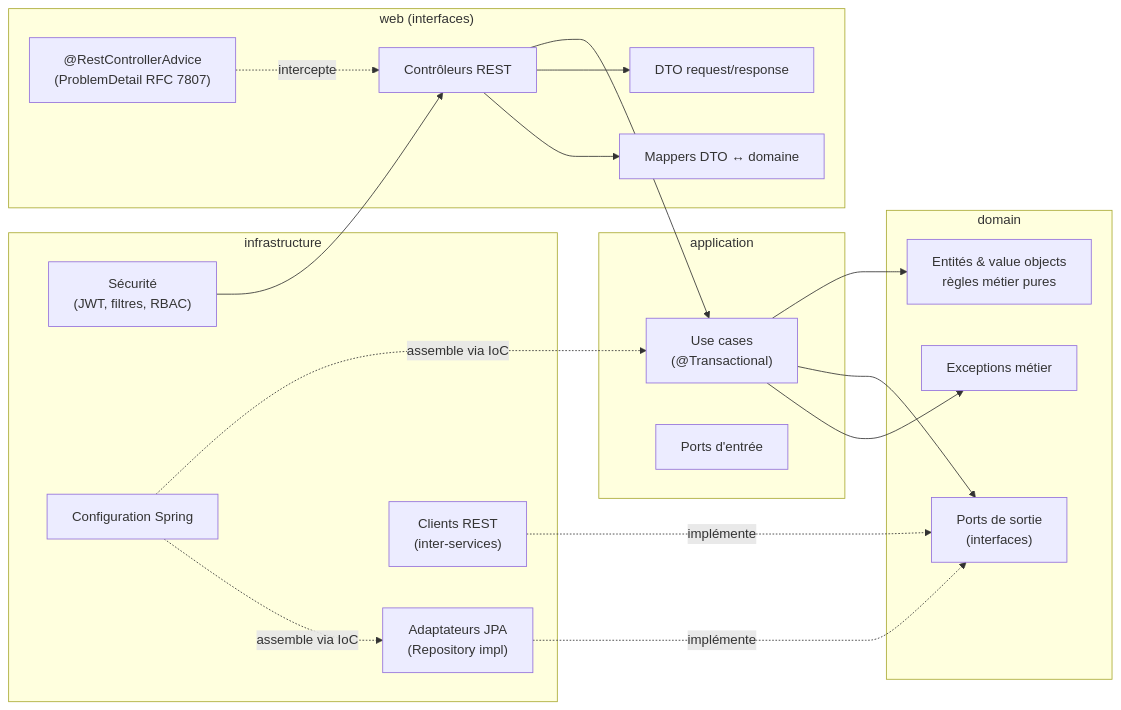
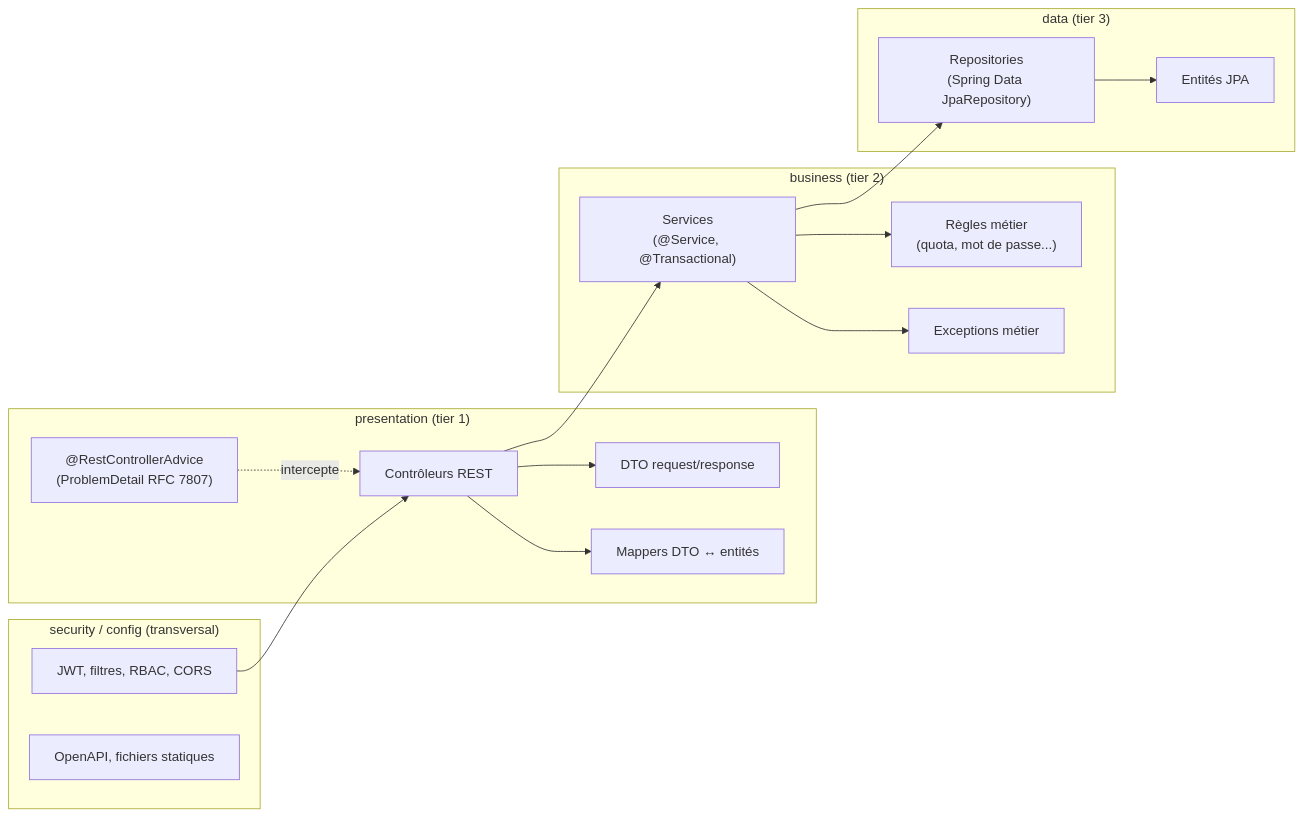
The second of 13 diagrams in docs/conception/DOSSIER_DE_CONCEPTION.md (alexdibril237/findme_backend), drawn with Mermaid before and after one commit. The commit also changed other lines of this file and 327 other files, not shown here.

````diff
--- a/docs/conception/DOSSIER_DE_CONCEPTION.md
+++ b/docs/conception/DOSSIER_DE_CONCEPTION.md
@@ -73,40 +82,35 @@
 ```mermaid
 graph LR
-    subgraph "web (interfaces)"
+    subgraph "presentation (tier 1)"
         CTRL[Contrôleurs REST]
         DTO[DTO request/response]
-        MAP[Mappers DTO ↔ domaine]
+        MAP[Mappers DTO ↔ entités]
         ADVICE["@RestControllerAdvice<br/>(ProblemDetail RFC 7807)"]
     end
 
-    subgraph application
-        UC["Use cases<br/>(@Transactional)"]
-        PORTIN[Ports d'entrée]
+    subgraph "business (tier 2)"
+        SVC["Services<br/>(@Service, @Transactional)"]
+        VAL["Règles métier<br/>(quota, mot de passe...)"]
+        BEXC[Exceptions métier]
     end
 
-    subgraph domain
-        ENT["Entités & value objects<br/>règles métier pures"]
-        PORTOUT["Ports de sortie<br/>(interfaces)"]
-        DEXC[Exceptions métier]
+    subgraph "data (tier 3)"
+        ENT["Entités JPA"]
+        REPO["Repositories<br/>(Spring Data JpaRepository)"]
     end
 
-    subgraph infrastructure
-        JPA["Adaptateurs JPA<br/>(Repository impl)"]
-        SEC["Sécurité<br/>(JWT, filtres, RBAC)"]
-        CLIENT["Clients REST<br/>(inter-services)"]
-        CFG[Configuration Spring]
+    subgraph "security / config (transversal)"
+        SEC["JWT, filtres, RBAC, CORS"]
+        CFG["OpenAPI, fichiers statiques"]
     end
 
-    CTRL --> UC
+    CTRL --> SVC
     CTRL --> DTO
     CTRL --> MAP
     ADVICE -.intercepte.-> CTRL
-    UC --> ENT
-    UC --> PORTOUT
-    UC --> DEXC
-    JPA -.implémente.-> PORTOUT
-    CLIENT -.implémente.-> PORTOUT
+    SVC --> VAL
+    SVC --> BEXC
+    SVC --> REPO
+    REPO --> ENT
     SEC --> CTRL
-    CFG -.assemble via IoC.-> UC
-    CFG -.assemble via IoC.-> JPA
 ```
````
